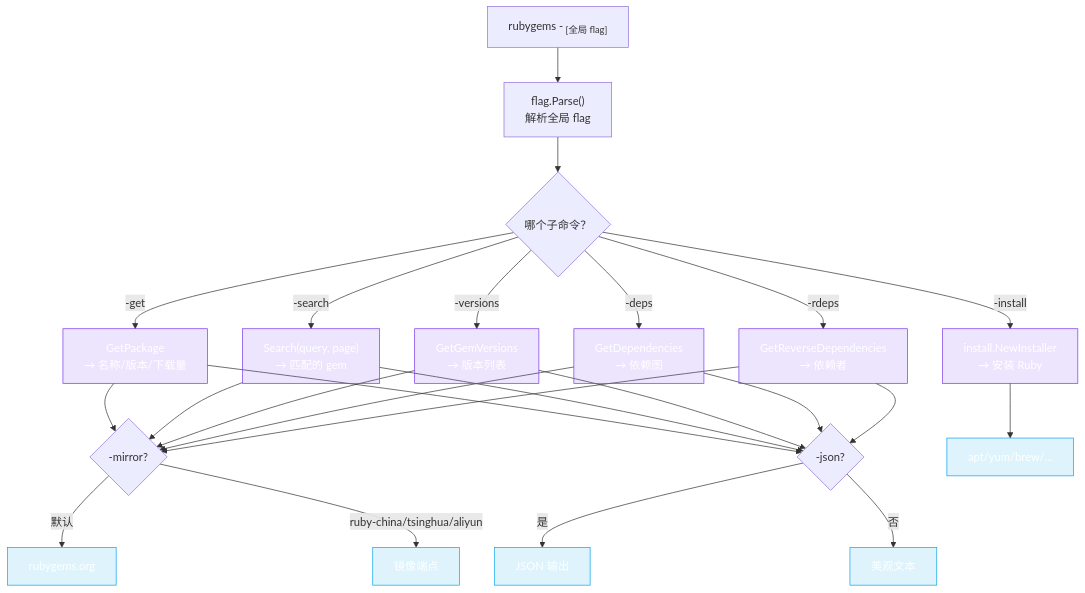
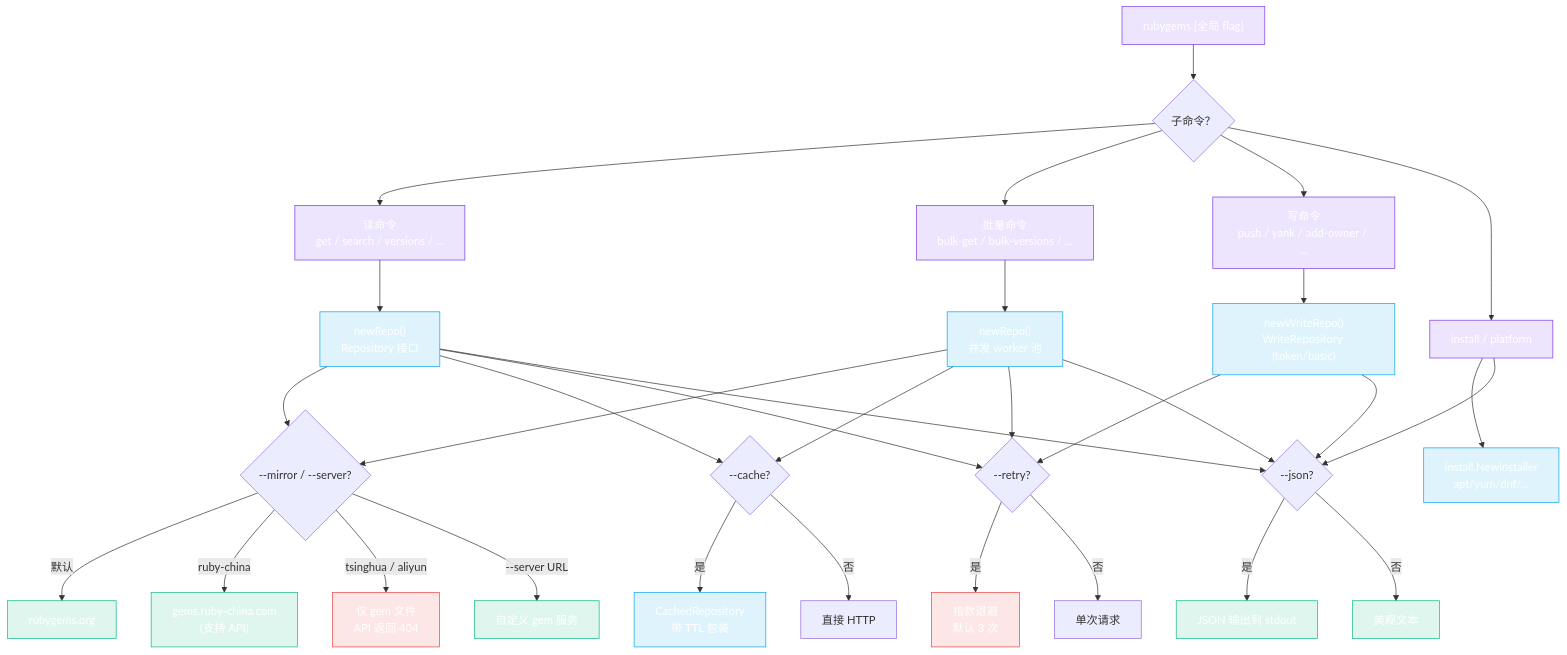
The first of 2 diagrams in website/docs/zh/cli/commands.md (scagogogo/rubygems-skills), drawn with Mermaid before and after one commit. The commit also changed other lines of this file and 4 other files, not shown here.

````diff
--- a/website/docs/zh/cli/commands.md
+++ b/website/docs/zh/cli/commands.md
@@ -5,23 +5,40 @@
 ```mermaid
 flowchart TD
-    Cmd["rubygems -<sub> [全局 flag]"] --> Parse["flag.Parse()\n解析全局 flag"]
-    Parse --> Which{"哪个子命令？"}
-    Which -->|"-get"| Get["GetPackage\n→ 名称/版本/下载量"]
-    Which -->|"-search"| Search["Search(query, page)\n→ 匹配的 gem"]
-    Which -->|"-versions"| Ver["GetGemVersions\n→ 版本列表"]
-    Which -->|"-deps"| Dep["GetDependencies\n→ 依赖图"]
-    Which -->|"-rdeps"| RDep["GetReverseDependencies\n→ 依赖者"]
-    Which -->|"-install"| Inst["install.NewInstaller\n→ 安装 Ruby"]
-    Get & Search & Ver & Dep & RDep --> Mirror{"-mirror?"}
+    Root["rubygems [全局 flag]"] --> Sub{"子命令？"}
+    Sub --> Read["读命令<br/>get / search / versions / ..."]
+    Sub --> Bulk["批量命令<br/>bulk-get / bulk-versions / ..."]
+    Sub --> Write["写命令<br/>push / yank / add-owner / ..."]
+    Sub --> Inst["install / platform"]
+
+    Read --> Repo["newRepo()<br/>Repository 接口"]
+    Bulk --> RepoB["newRepo()<br/>并发 worker 池"]
+    Write --> WriteRepo["newWriteRepo()<br/>WriteRepository (token/basic)"]
+    Inst --> Installer["install.NewInstaller<br/>apt/yum/dnf/..."]
+
+    Repo & RepoB --> Mirror{"--mirror / --server?"}
     Mirror -->|"默认"| RG["rubygems.org"]
-    Mirror -->|"ruby-china/tsinghua/aliyun"| MR["镜像端点"]
-    Get & Search & Ver & Dep & RDep --> Out{"-json?"}
-    Out -->|是| JSON["JSON 输出"]
-    Out -->|否| Text["美观文本"]
-    Inst --> PM["apt/yum/brew/..."]
+    Mirror -->|"ruby-china"| RC["gems.ruby-china.com<br/>(支持 API)"]
+    Mirror -->|"tsinghua / aliyun"| NF["仅 gem 文件<br/>API 返回 404"]
+    Mirror -->|"--server URL"| Custom["自定义 gem 服务"]
 
-    classDef sub fill:#7c3aed22,stroke:#7c3aed,color:#fff
-    classDef io fill:#0ea5e922,stroke:#0ea5e9,color:#fff
-    class Get,Search,Ver,Dep,RDep,Inst sub
-    class RG,MR,JSON,Text,PM io
+    Repo & RepoB --> Cache{"--cache?"}
+    Cache -->|"是"| Cached["CachedRepository<br/>带 TTL 包装"]
+    Cache -->|"否"| Direct["直接 HTTP"]
+
+    Repo & RepoB & WriteRepo --> Retry{"--retry?"}
+    Retry -->|"是"| RetryExp["指数退避<br/>默认 3 次"]
+    Retry -->|"否"| OneShot["单次请求"]
+
+    Repo & RepoB & WriteRepo & Inst --> Out{"--json?"}
+    Out -->|"是"| JSON["JSON 输出到 stdout"]
+    Out -->|"否"| Text["美观文本"]
+
+    classDef cmd fill:#7c3aed22,stroke:#7c3aed,color:#fff
+    classDef sdk fill:#0ea5e922,stroke:#0ea5e9,color:#fff
+    classDef io fill:#10b98122,stroke:#10b981,color:#fff
+    classDef warn fill:#ef444422,stroke:#ef4444,color:#fff
+    class Read,Bulk,Write,Inst,Root cmd
+    class Repo,RepoB,WriteRepo,Installer,Cached sdk
+    class RG,RC,Custom,JSON,Text io
+    class NF,RetryExp warn
 ```
````
